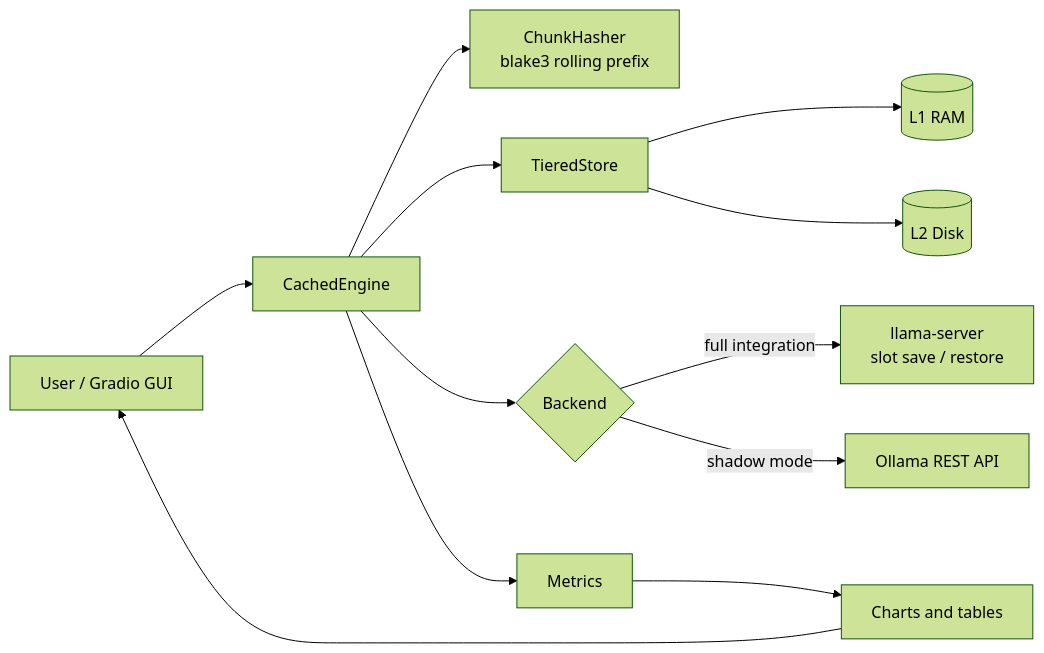
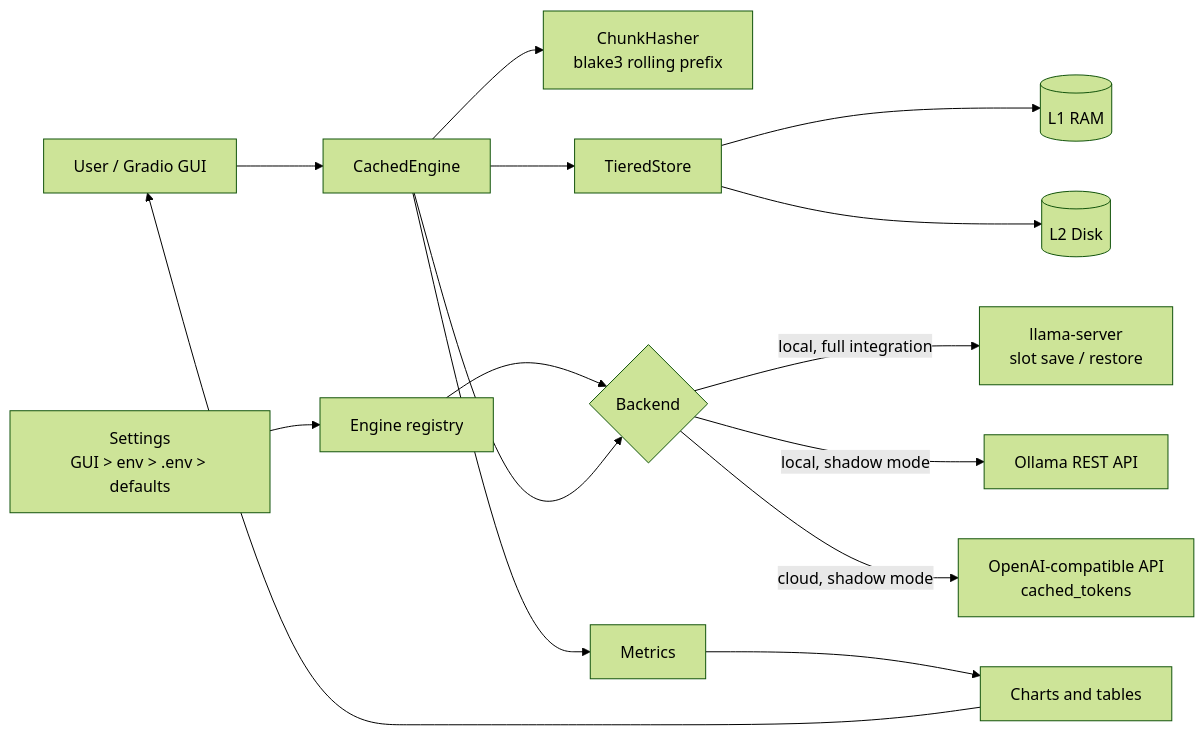
Before and after one commit to aairom/KVBridge-lmcache-test: the first of 2 diagrams in README.md, drawn with Mermaid (forest theme). The commit also changed other lines of this file and 16 other files, not shown here.

Commit message:
cloud backend and docs updated

````diff
--- a/README.md
+++ b/README.md
@@ -36,13 +40,16 @@
 ```mermaid
 flowchart LR
     U[User / Gradio GUI] --> E[CachedEngine]
     E --> H[ChunkHasher<br/>blake3 rolling prefix]
     E --> S[TieredStore]
     S --> L1[(L1 RAM)]
     S --> L2[(L2 Disk)]
-    E --> B{Backend}
-    B -->|full integration| LC[llama-server<br/>slot save / restore]
-    B -->|shadow mode| OL[Ollama REST API]
+    CFG[Settings<br/>GUI > env > .env > defaults] --> R[Engine registry]
+    R --> B{Backend}
+    E --> B
+    B -->|local, full integration| LC[llama-server<br/>slot save / restore]
+    B -->|local, shadow mode| OL[Ollama REST API]
+    B -->|cloud, shadow mode| CL[OpenAI-compatible API<br/>cached_tokens]
     E --> M[Metrics] --> G[Charts and tables]
     G --> U
 ```
````
